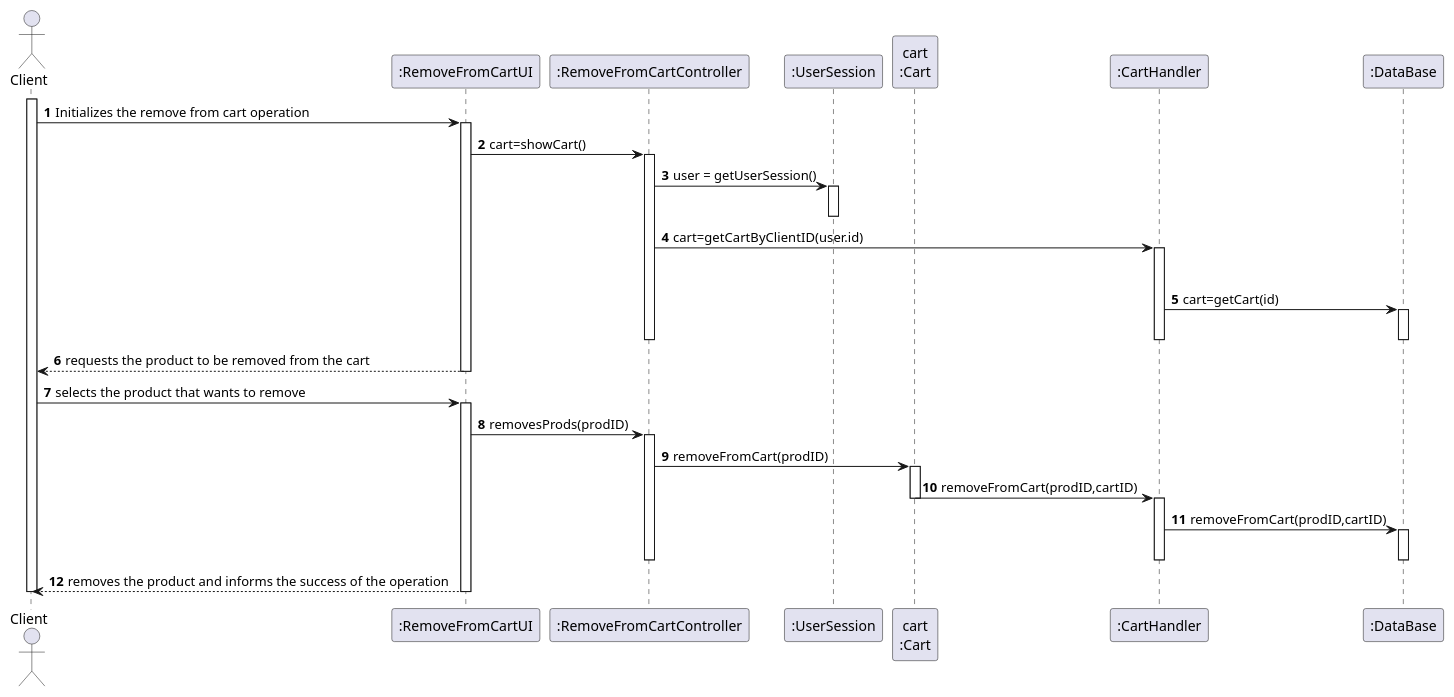
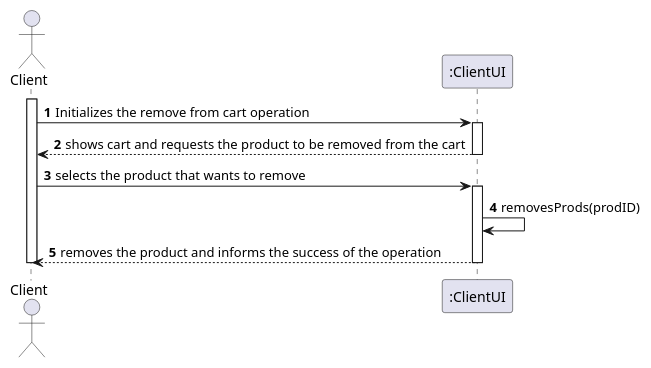
Before and after one commit to 1190452/LAPR3: the diagram in Documents/UC13/SD.puml, drawn with PlantUML. The commit also changed 14 other files, not shown here.

```diff
--- a/Documents/UC13/SD.puml
+++ b/Documents/UC13/SD.puml
@@ -1,85 +1,41 @@
 @startuml
 autonumber
 
 actor "Client" as COL
-participant ":RemoveFromCartUI" as UI
-participant ":RemoveFromCartController" as CTRL
-participant ":UserSession" as SESS
-participant "cart\n:Cart" as CT
-participant ":CartHandler" as CART
-
-participant ":DataBase" as DB
-
+participant ":ClientUI" as UI
 
 
 
 activate COL
 
 COL -> UI : Initializes the remove from cart operation
 activate UI
 
 
 
 
-UI -> CTRL :cart=showCart()
-activate CTRL
-
-CTRL -> SESS : user = getUserSession()
-activate SESS
-deactivate SESS
-
-CTRL -> CART : cart=getCartByClientID(user.id)
-activate CART
-
-deactivate CT
-
-
-
-
-
-CART -> DB : cart=getCart(id)
-activate DB
-deactivate DB
-deactivate CART
-
-
-
-
-deactivate CTRL
-
-UI --> COL : requests the product to be removed from the cart
+UI --> COL : shows cart and requests the product to be removed from the cart
 
 
 
 deactivate UI
 
 
 COL -> UI :selects the product that wants to remove
+
 activate UI
-
-UI -> CTRL : removesProds(prodID)
-activate CTRL
-CTRL -> CT : removeFromCart(prodID)
-activate CT
-CT -> CART : removeFromCart(prodID,cartID)
-deactivate CT
-activate CART
+UI -> UI : removesProds(prodID)
 
 
 
 
-CART -> DB : removeFromCart(prodID,cartID)
-activate DB
-deactivate DB
-deactivate CART
-deactivate CT
-deactivate CTRL
+
 
 
 
 UI --> COL : removes the product and informs the success of the operation
 deactivate UI
 
 deactivate COL
 
 @enduml
```
